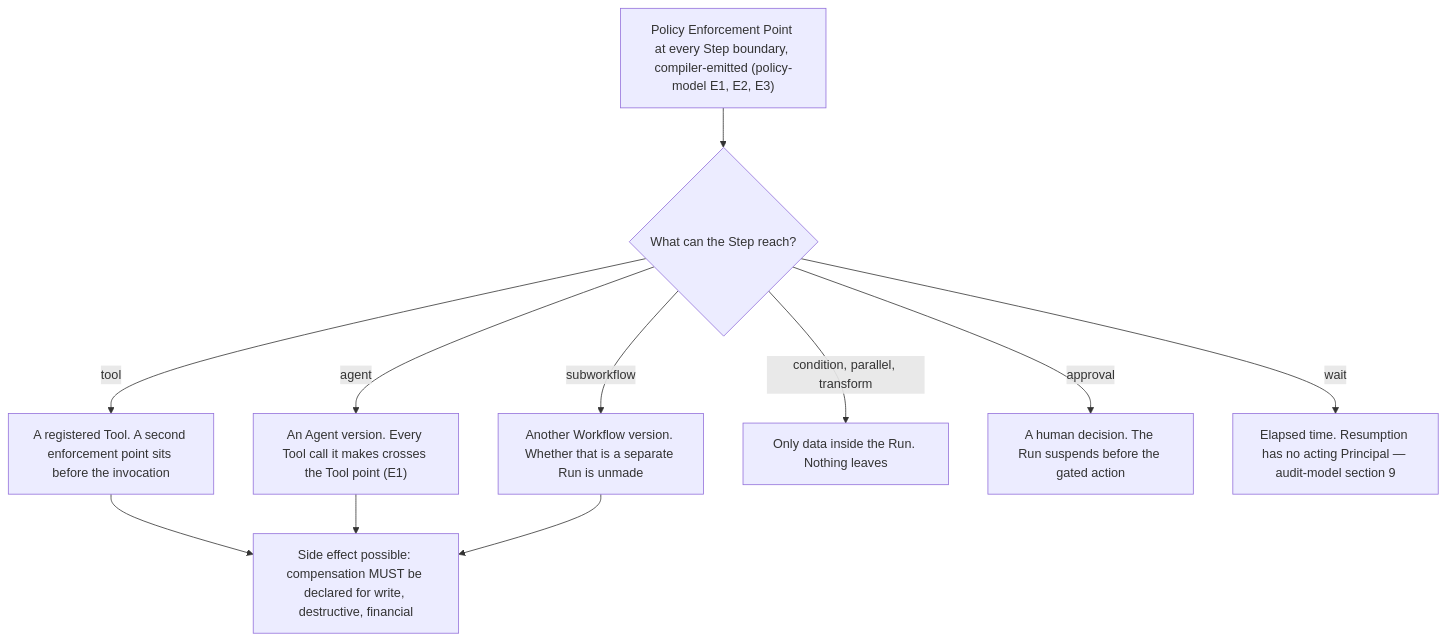
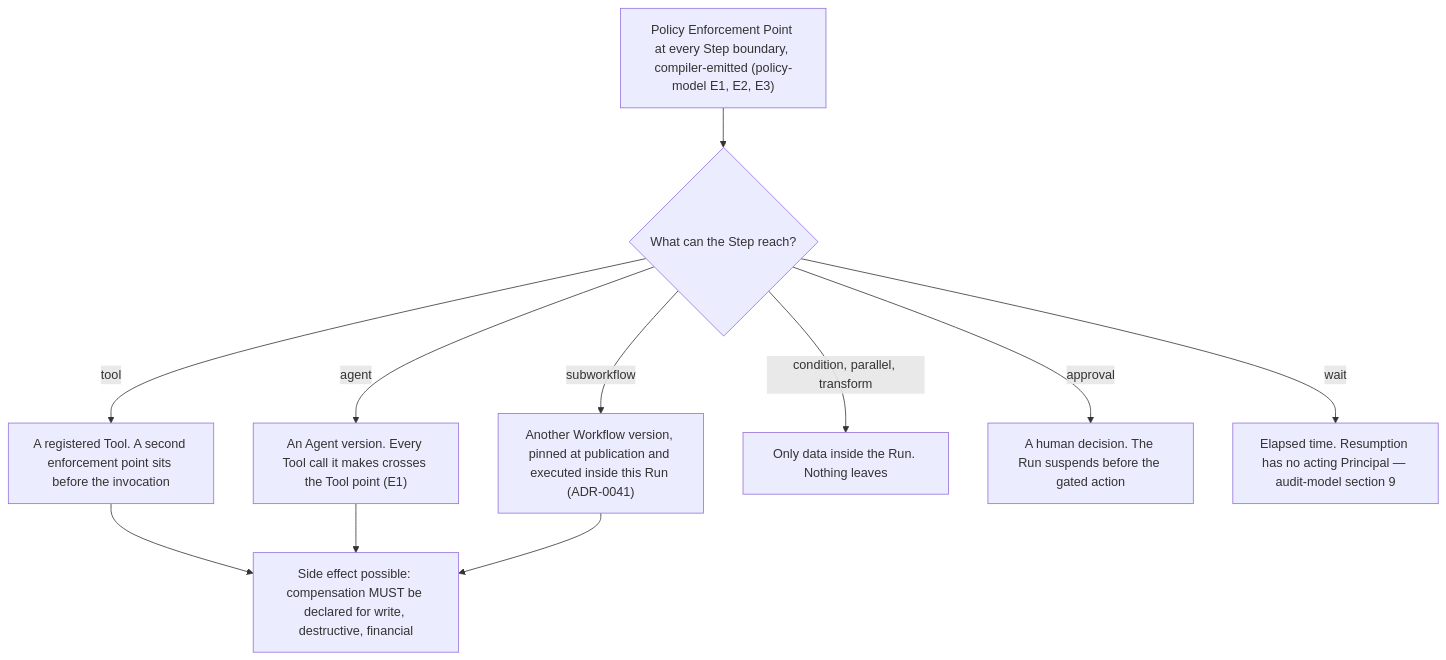
One commit to ayesigapaul/orchestra changed the diagram in docs/50-workflows/step-types.md. Above: the diagram before and after it, drawn with Mermaid. The commit also changed other lines of this file and 56 other files, not shown here.

````diff
--- a/docs/50-workflows/step-types.md
+++ b/docs/50-workflows/step-types.md
@@ -64,12 +64,12 @@
 ```mermaid
 flowchart TD
   PEP["Policy Enforcement Point at every Step boundary, compiler-emitted (policy-model E1, E2, E3)"]
   PEP --> K{"What can the Step reach?"}
   K -->|"tool"| EFFECT["A registered Tool. A second enforcement point sits before the invocation"]
   K -->|"agent"| DELEG["An Agent version. Every Tool call it makes crosses the Tool point (E1)"]
-  K -->|"subworkflow"| NEST["Another Workflow version. Whether that is a separate Run is unmade"]
+  K -->|"subworkflow"| NEST["Another Workflow version, pinned at publication and executed inside this Run (ADR-0041)"]
   K -->|"condition, parallel, transform"| INTERNAL["Only data inside the Run. Nothing leaves"]
   K -->|"approval"| GATE["A human decision. The Run suspends before the gated action"]
   K -->|"wait"| TIME["Elapsed time. Resumption has no acting Principal — audit-model section 9"]
   EFFECT & DELEG & NEST --> COMP["Side effect possible: compensation MUST be declared for write, destructive, financial"]
 ```
````
